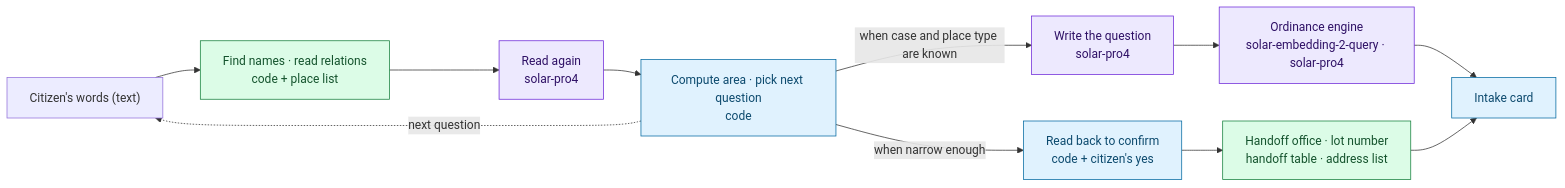
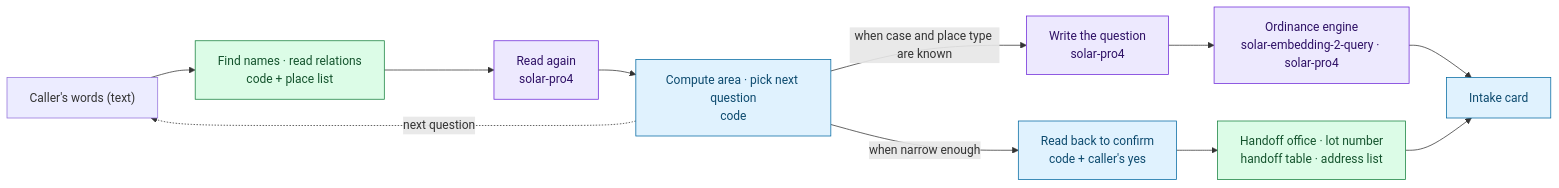
One commit to team-gg-aibc/aibc2026-gg changed the diagram in README.en.md. Above: the diagram before and after it, drawn with Mermaid. The commit also changed other lines of this file and 3 other files, not shown here.

````diff
--- a/README.en.md
+++ b/README.en.md
@@ -88,20 +90,20 @@
 ```mermaid
 flowchart LR
-  Say["Citizen's words (text)"] --> Find["Find names · read relations<br>code + place list"]
+  Say["Caller's words (text)"] --> Find["Find names · read relations<br>code + place list"]
   Find --> Read["Read again<br>solar-pro4"]
   Read --> Narrow["Compute area · pick next question<br>code"]
   Narrow -.->|next question| Say
-  Narrow -->|when narrow enough| Confirm["Read back to confirm<br>code + citizen's yes"]
+  Narrow -->|when narrow enough| Confirm["Read back to confirm<br>code + caller's yes"]
   Confirm --> Route["Handoff office · lot number<br>handoff table · address list"]
   Narrow -->|when case and place type are known| Ask["Write the question<br>solar-pro4"]
   Ask --> Engine["Ordinance engine<br>solar-embedding-2-query · solar-pro4"]
   Engine --> Card["Intake card"]
   Route --> Card
 
   classDef model fill:#ede9fe,stroke:#6d28d9,color:#2e1065
   classDef code fill:#e0f2fe,stroke:#0369a1,color:#0c4a6e
   classDef data fill:#dcfce7,stroke:#15803d,color:#14532d
   class Read,Ask,Engine model
   class Narrow,Confirm,Card code
   class Find,Route data
 ```
````
